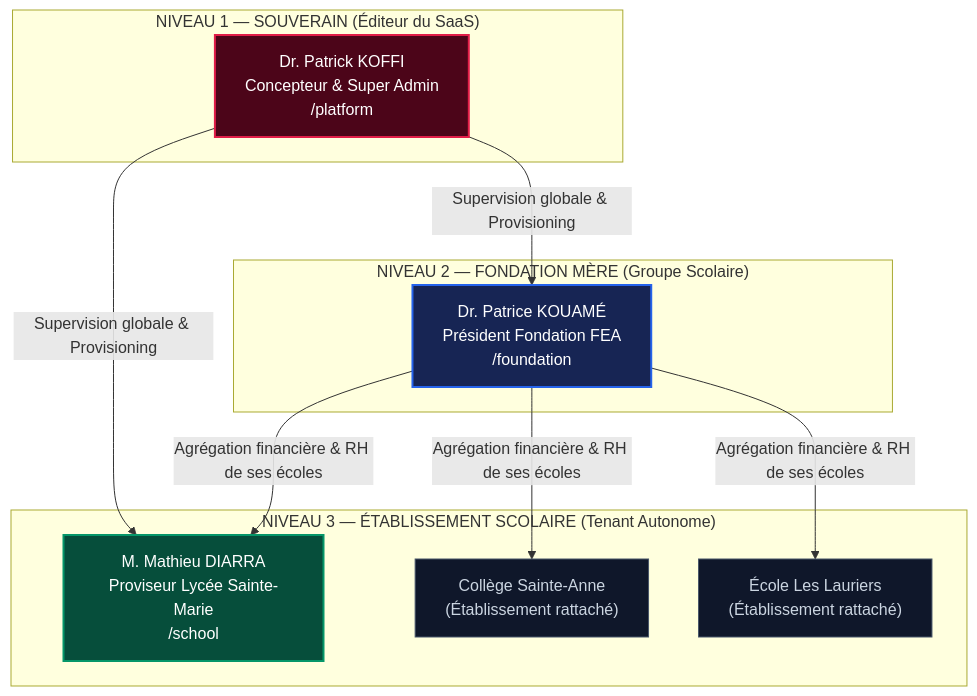
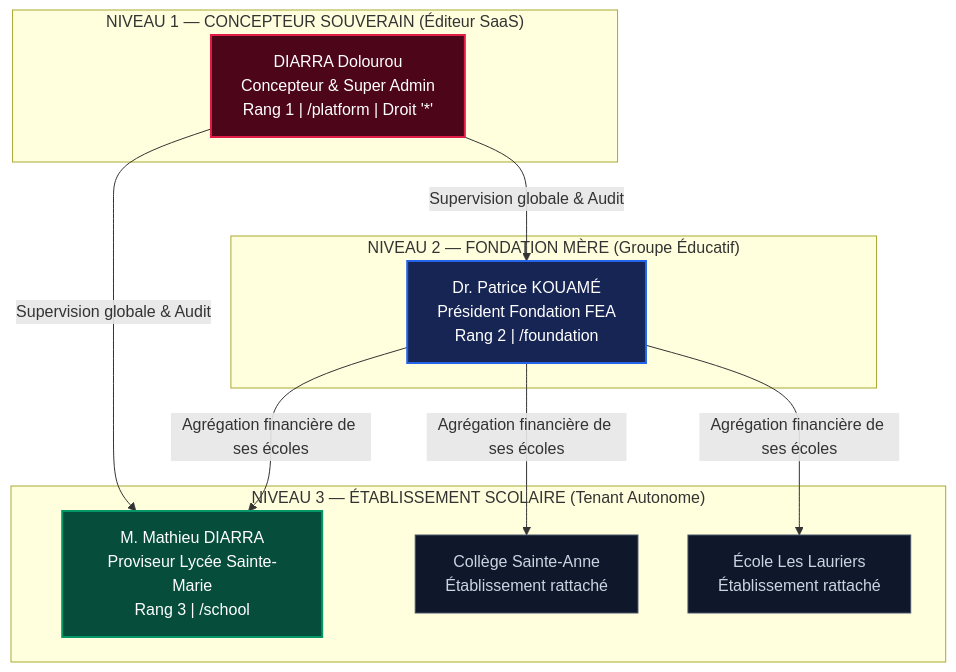
One commit to DIARRA2026/scolapro changed the diagram in README.md. Above: the diagram before and after it, drawn with Mermaid. The commit also changed other lines of this file and 19 other files, not shown here.

Commit message:
feat: architecture full-stack, refonte responsive des entetes, securisation RBAC & eradication des donnees fictives

````diff
--- a/README.md
+++ b/README.md
@@ -18,28 +19,28 @@
 ```mermaid
 graph TD
-    subgraph N1 ["NIVEAU 1 — SOUVERAIN (Éditeur du SaaS)"]
-        A["Dr. Patrick KOFFI<br/>Concepteur & Super Admin<br/>/platform"]
+    subgraph N1 ["NIVEAU 1 — CONCEPTEUR SOUVERAIN (Éditeur SaaS)"]
+        A["DIARRA Dolourou<br/>Concepteur & Super Admin<br/>Rang 1 | /platform | Droit '*'"]
     end
 
-    subgraph N2 ["NIVEAU 2 — FONDATION MÈRE (Groupe Scolaire)"]
-        B["Dr. Patrice KOUAMÉ<br/>Président Fondation FEA<br/>/foundation"]
+    subgraph N2 ["NIVEAU 2 — FONDATION MÈRE (Groupe Éducatif)"]
+        B["Dr. Patrice KOUAMÉ<br/>Président Fondation FEA<br/>Rang 2 | /foundation"]
     end
 
     subgraph N3 ["NIVEAU 3 — ÉTABLISSEMENT SCOLAIRE (Tenant Autonome)"]
-        C["M. Mathieu DIARRA<br/>Proviseur Lycée Sainte-Marie<br/>/school"]
-        D["Collège Sainte-Anne<br/>(Établissement rattaché)"]
-        E["École Les Lauriers<br/>(Établissement rattaché)"]
+        C["M. Mathieu DIARRA<br/>Proviseur Lycée Sainte-Marie<br/>Rang 3 | /school"]
+        D["Collège Sainte-Anne<br/>Établissement rattaché"]
+        E["École Les Lauriers<br/>Établissement rattaché"]
     end
 
-    A -->|Supervision globale & Provisioning| B
-    A -->|Supervision globale & Provisioning| C
-    B -->|Agrégation financière & RH de ses écoles| C
-    B -->|Agrégation financière & RH de ses écoles| D
-    B -->|Agrégation financière & RH de ses écoles| E
+    A -->|Supervision globale & Audit| B
+    A -->|Supervision globale & Audit| C
+    B -->|Agrégation financière de ses écoles| C
+    B -->|Agrégation financière de ses écoles| D
+    B -->|Agrégation financière de ses écoles| E
 
     style A fill:#4c0519,stroke:#e11d48,stroke-width:2px,color:#fff
     style B fill:#172554,stroke:#2563eb,stroke-width:2px,color:#fff
     style C fill:#064e3b,stroke:#059669,stroke-width:2px,color:#fff
     style D fill:#0f172a,stroke:#475569,stroke-width:1px,color:#cbd5e1
     style E fill:#0f172a,stroke:#475569,stroke-width:1px,color:#cbd5e1
 ```
````
